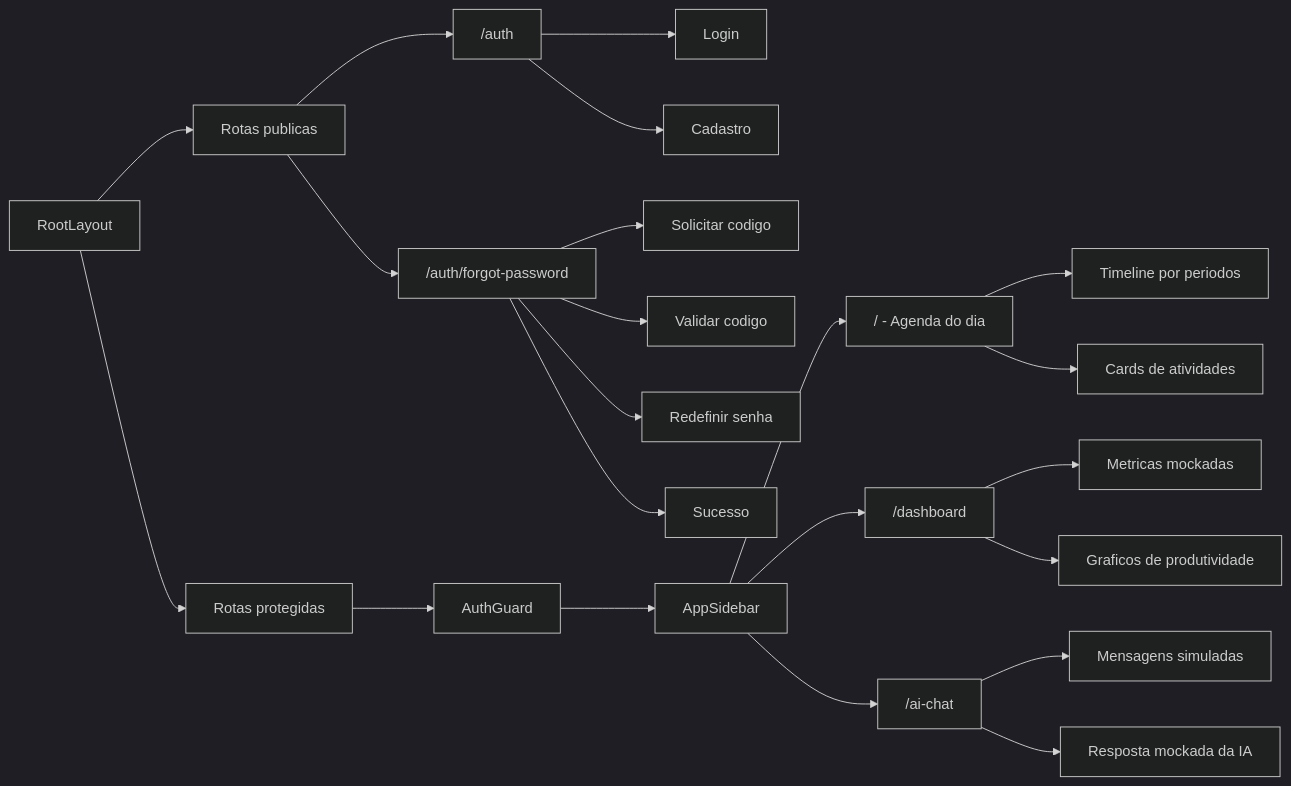
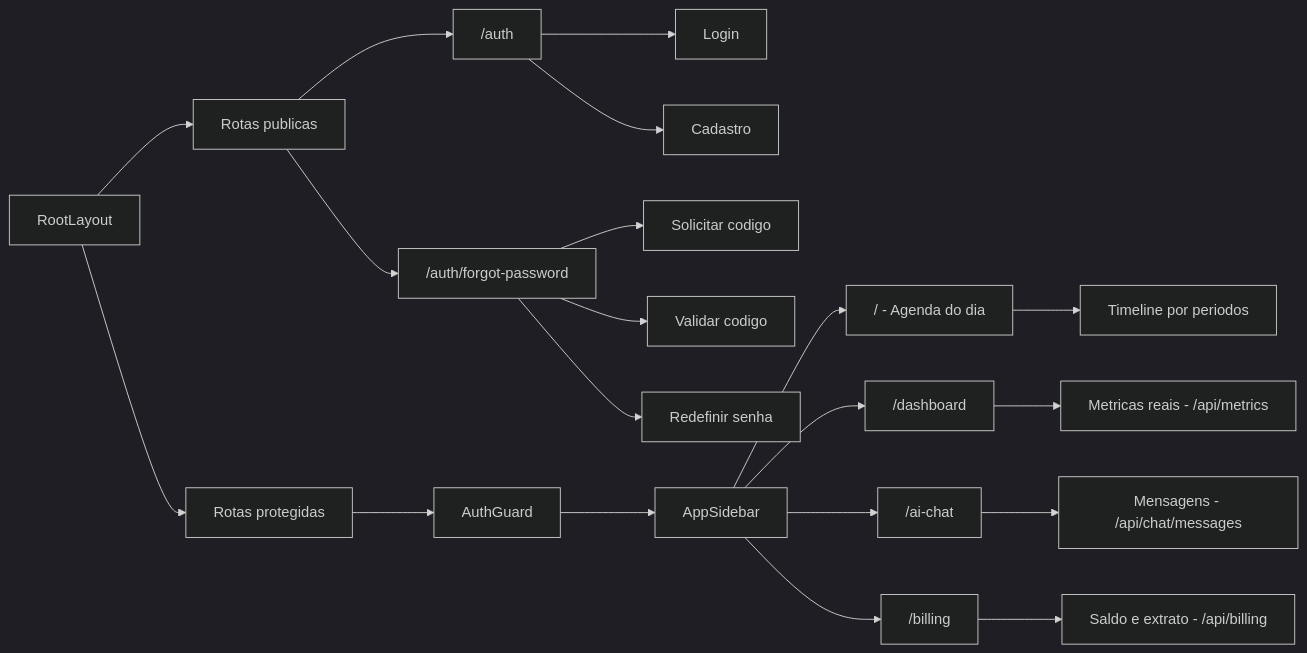
Before and after one commit to SebenJose/Fast-Camp---Web: the first of 2 diagrams in Card_14-Pratica_Projeto-Final-Part-Final/frontend/README.md, drawn with Mermaid (dark theme). The commit also changed other lines of this file and 2 other files, not shown here.

Commit message:
docs: atualiza os READMEs com chat, cobrança, métricas e segurança

````diff
--- a/Card_14-Pratica_Projeto-Final-Part-Final/frontend/README.md
+++ b/Card_14-Pratica_Projeto-Final-Part-Final/frontend/README.md
@@ -114,27 +87,25 @@
 ```mermaid
 flowchart LR
   Root[RootLayout] --> Publicas[Rotas publicas]
   Root --> Protegidas[Rotas protegidas]
 
   Publicas --> Auth["/auth"]
   Publicas --> Forgot["/auth/forgot-password"]
   Auth --> Login[Login]
   Auth --> Register[Cadastro]
   Forgot --> Request[Solicitar codigo]
   Forgot --> Verify[Validar codigo]
   Forgot --> Reset[Redefinir senha]
-  Forgot --> Success[Sucesso]
 
   Protegidas --> Guard[AuthGuard]
   Guard --> Sidebar[AppSidebar]
   Sidebar --> Home["/ - Agenda do dia"]
   Sidebar --> Dashboard["/dashboard"]
   Sidebar --> Chat["/ai-chat"]
+  Sidebar --> Billing["/billing"]
 
   Home --> Timeline[Timeline por periodos]
-  Home --> Cards[Cards de atividades]
-  Dashboard --> Metrics[Metricas mockadas]
-  Dashboard --> Charts[Graficos de produtividade]
-  Chat --> Messages[Mensagens simuladas]
-  Chat --> Assistant[Resposta mockada da IA]
+  Dashboard --> Metrics[Metricas reais - /api/metrics]
+  Chat --> Messages[Mensagens - /api/chat/messages]
+  Billing --> Tokens[Saldo e extrato - /api/billing]
 ```
````
